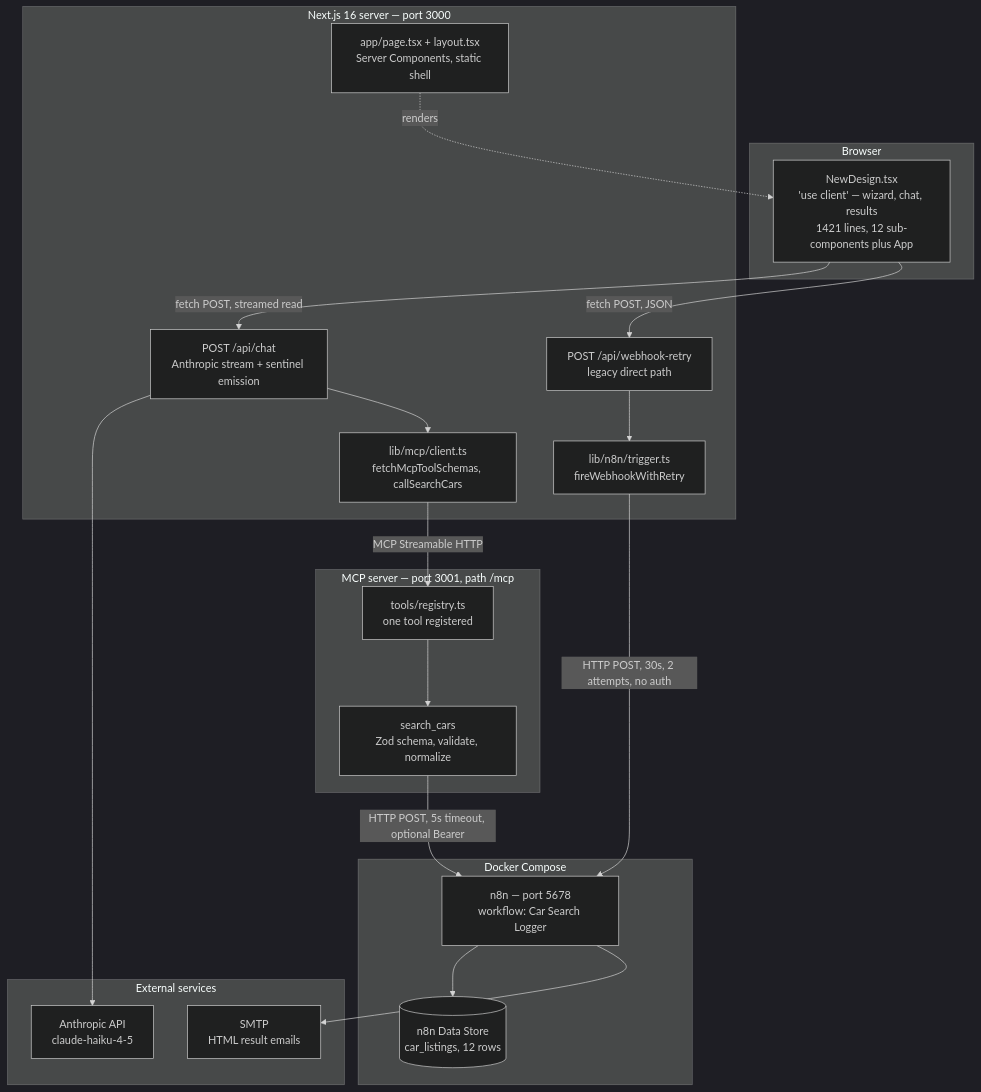
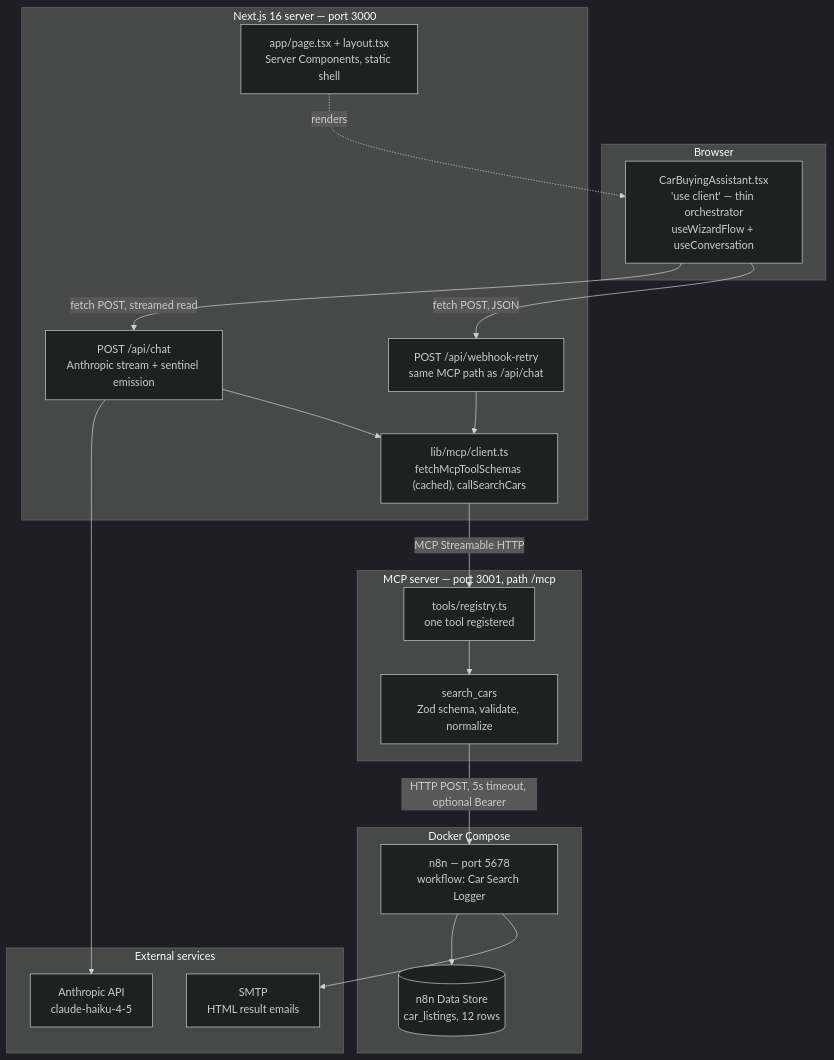
The first of 6 diagrams in ARCHITECTURE.md (krisztiannyiri/ai-car-buying-assistant), drawn with Mermaid (dark theme) before and after one commit. The commit also changed other lines of this file and 33 other files, not shown here.

````diff
--- a/ARCHITECTURE.md
+++ b/ARCHITECTURE.md
@@ -29,42 +29,40 @@
 ```mermaid
 graph TB
     subgraph browser["Browser"]
-        UI["NewDesign.tsx<br/>'use client' — wizard, chat, results<br/>1421 lines, 12 sub-components plus App"]
+        UI["CarBuyingAssistant.tsx<br/>'use client' — thin orchestrator<br/>useWizardFlow + useConversation"]
     end
 
     subgraph next["Next.js 16 server — port 3000"]
         PAGE["app/page.tsx + layout.tsx<br/>Server Components, static shell"]
         CHAT["POST /api/chat<br/>Anthropic stream + sentinel emission"]
-        RETRY["POST /api/webhook-retry<br/>legacy direct path"]
-        MCPC["lib/mcp/client.ts<br/>fetchMcpToolSchemas, callSearchCars"]
-        TRIG["lib/n8n/trigger.ts<br/>fireWebhookWithRetry"]
+        RETRY["POST /api/webhook-retry<br/>same MCP path as /api/chat"]
+        MCPC["lib/mcp/client.ts<br/>fetchMcpToolSchemas (cached), callSearchCars"]
     end
 
     subgraph mcp["MCP server — port 3001, path /mcp"]
         REG["tools/registry.ts<br/>one tool registered"]
         TOOL["search_cars<br/>Zod schema, validate, normalize"]
     end
 
     subgraph docker["Docker Compose"]
         N8N["n8n — port 5678<br/>workflow: Car Search Logger"]
         DS[("n8n Data Store<br/>car_listings, 12 rows")]
     end
 
     subgraph ext["External services"]
         ANTH["Anthropic API<br/>claude-haiku-4-5"]
         SMTP["SMTP<br/>HTML result emails"]
     end
 
     PAGE -.->|"renders"| UI
     UI -->|"fetch POST, streamed read"| CHAT
     UI -->|"fetch POST, JSON"| RETRY
     CHAT --> ANTH
     CHAT --> MCPC
+    RETRY --> MCPC
     MCPC -->|"MCP Streamable HTTP"| REG
     REG --> TOOL
     TOOL -->|"HTTP POST, 5s timeout, optional Bearer"| N8N
-    RETRY --> TRIG
-    TRIG -->|"HTTP POST, 30s, 2 attempts, no auth"| N8N
     N8N --> DS
     N8N --> SMTP
 ```
````
